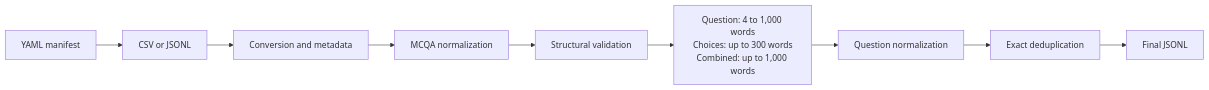
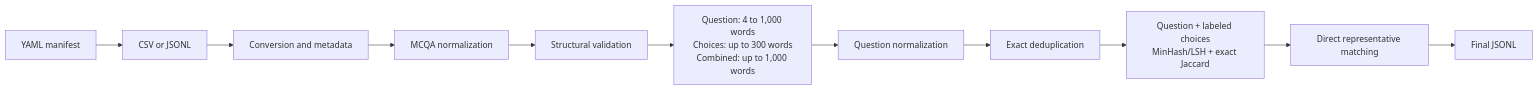
Before and after one commit to gap-ufg/mmlu-pt: the diagram in README.md, drawn with Mermaid. The commit also changed other lines of this file and 3 other files, not shown here.

````diff
--- a/README.md
+++ b/README.md
@@ -17,11 +17,13 @@
 ```mermaid
 flowchart LR
     A[YAML manifest] --> B[CSV or JSONL]
     B --> C[Conversion and metadata]
     C --> D[MCQA normalization]
     D --> E[Structural validation]
     E --> F[Question: 4 to 1,000 words<br/>Choices: up to 300 words<br/>Combined: up to 1,000 words]
     F --> G[Question normalization]
     G --> H[Exact deduplication]
-    H --> I[Final JSONL]
+    H --> I[Question + labeled choices<br/>MinHash/LSH + exact Jaccard]
+    I --> J[Direct representative matching]
+    J --> K[Final JSONL]
 ```
````
